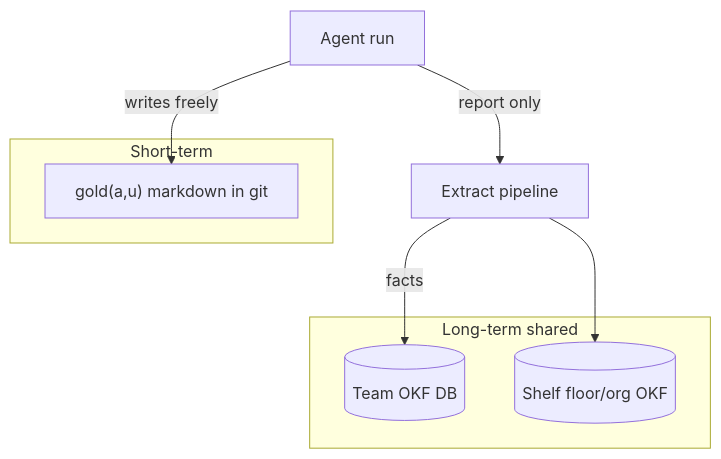
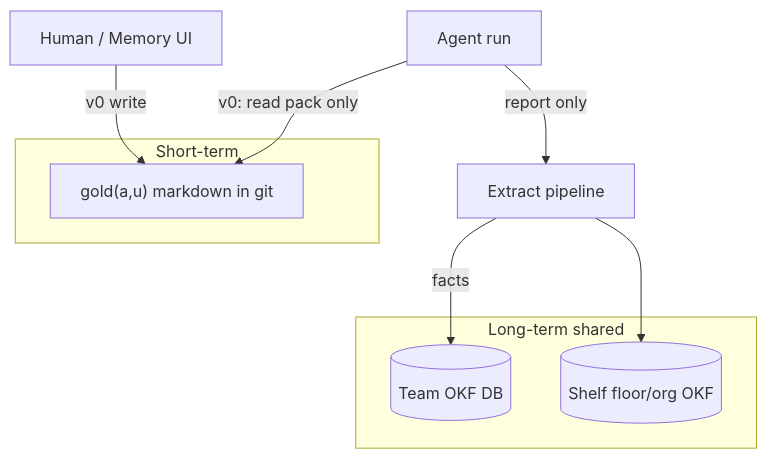
Before and after one commit to abhishekjasani/AgentAnyStack: the first of 2 diagrams in docs/architecture/04_MEMORY.md, drawn with Mermaid. The commit also changed other lines of this file and 19 other files, not shown here.

````diff
--- a/docs/architecture/04_MEMORY.md
+++ b/docs/architecture/04_MEMORY.md
@@ -5,14 +5,15 @@
 ```mermaid
 flowchart TB
     subgraph short [Short-term]
         G["gold(a,u) markdown in git"]
     end
     subgraph long [Long-term shared]
         T[(Team OKF DB)]
         S[(Shelf floor/org OKF)]
     end
-    RUN[Agent run] -->|writes freely| G
+    HUMAN[Human / Memory UI] -->|v0 write| G
+    RUN[Agent run] -->|v0: read pack only| G
     RUN -->|report only| PIPE[Extract pipeline]
     PIPE -->|facts| T
     PIPE --> S
 ```
````
